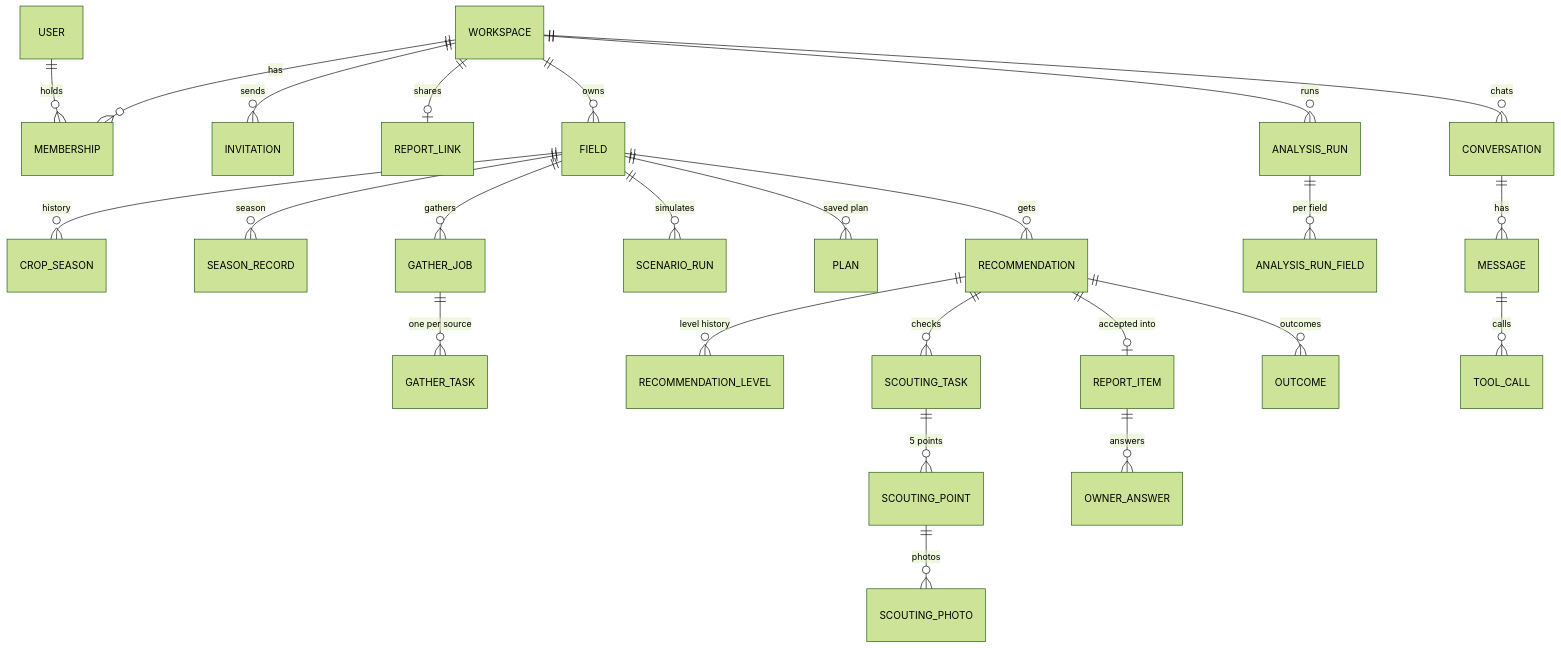
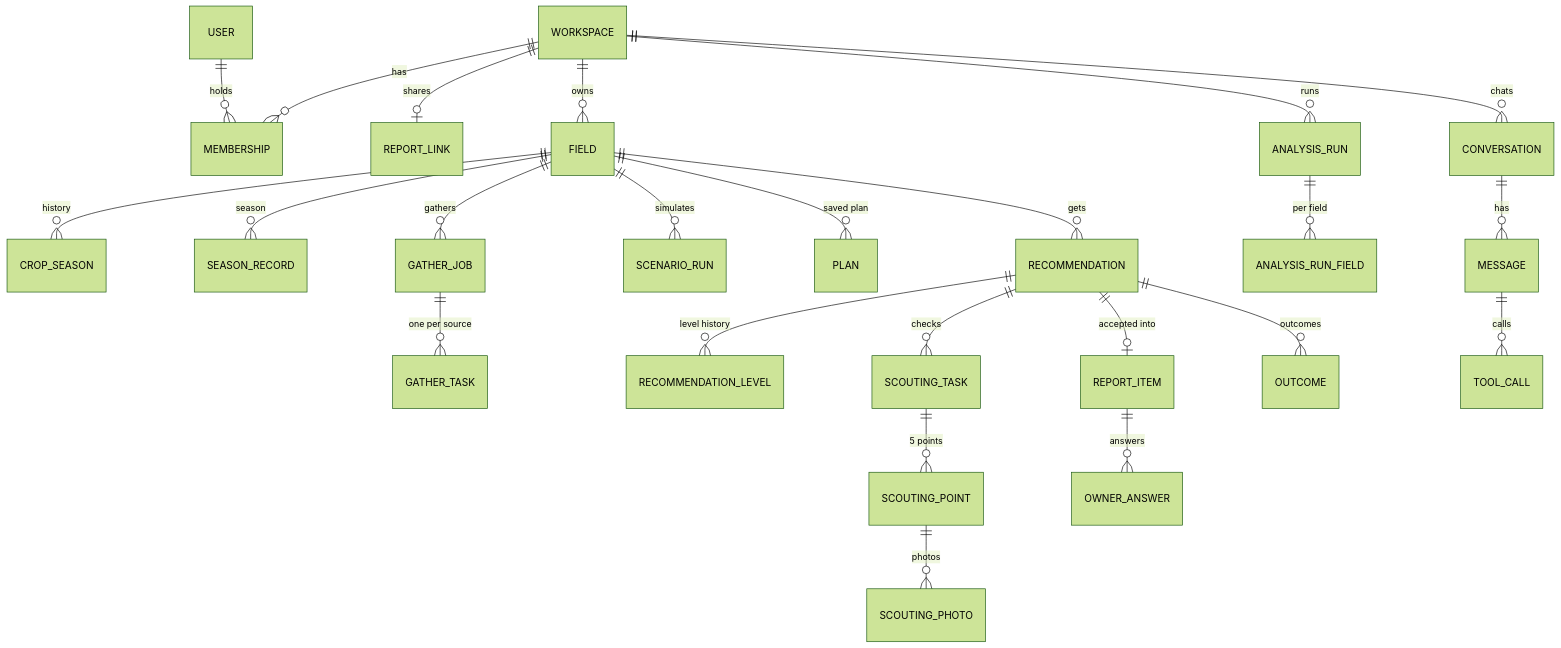
The second of 3 diagrams in docs/03-tech-design.md (nekojidev/Terrasight), drawn with Mermaid (forest theme) before and after one commit. The commit also changed other lines of this file and 40 other files, not shown here.

````diff
--- a/docs/03-tech-design.md
+++ b/docs/03-tech-design.md
@@ -163,27 +163,26 @@
 ```mermaid
 erDiagram
     USER ||--o{ MEMBERSHIP : holds
     WORKSPACE ||--o{ MEMBERSHIP : has
-    WORKSPACE ||--o{ INVITATION : sends
     WORKSPACE ||--o| REPORT_LINK : shares
     WORKSPACE ||--o{ FIELD : owns
     FIELD ||--o{ CROP_SEASON : history
     FIELD ||--o{ SEASON_RECORD : season
     FIELD ||--o{ GATHER_JOB : gathers
     GATHER_JOB ||--o{ GATHER_TASK : "one per source"
     WORKSPACE ||--o{ ANALYSIS_RUN : runs
     ANALYSIS_RUN ||--o{ ANALYSIS_RUN_FIELD : "per field"
     FIELD ||--o{ SCENARIO_RUN : simulates
     FIELD ||--o{ PLAN : "saved plan"
     FIELD ||--o{ RECOMMENDATION : gets
     RECOMMENDATION ||--o{ RECOMMENDATION_LEVEL : "level history"
     RECOMMENDATION ||--o{ SCOUTING_TASK : checks
     SCOUTING_TASK ||--o{ SCOUTING_POINT : "5 points"
     SCOUTING_POINT ||--o{ SCOUTING_PHOTO : photos
     RECOMMENDATION ||--o| REPORT_ITEM : "accepted into"
     REPORT_ITEM ||--o{ OWNER_ANSWER : answers
     RECOMMENDATION ||--o{ OUTCOME : outcomes
     WORKSPACE ||--o{ CONVERSATION : chats
     CONVERSATION ||--o{ MESSAGE : has
     MESSAGE ||--o{ TOOL_CALL : calls
 ```
````
